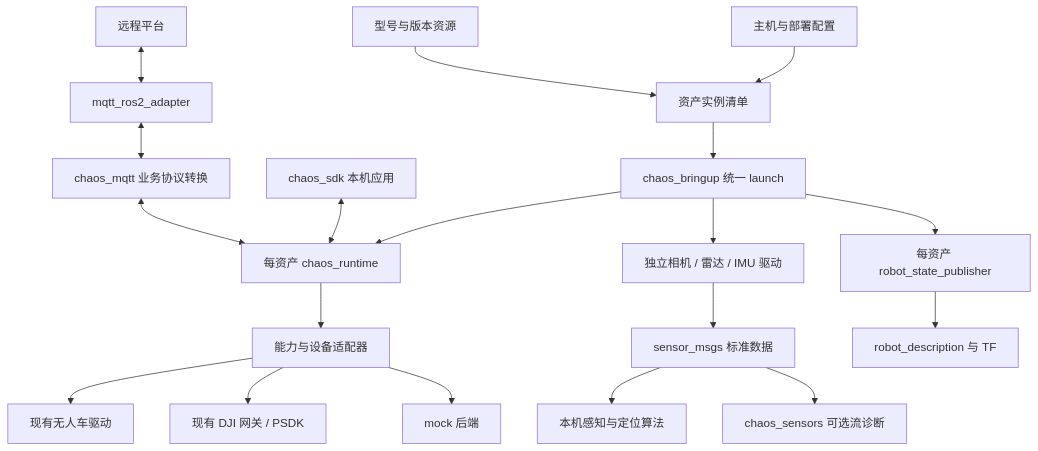
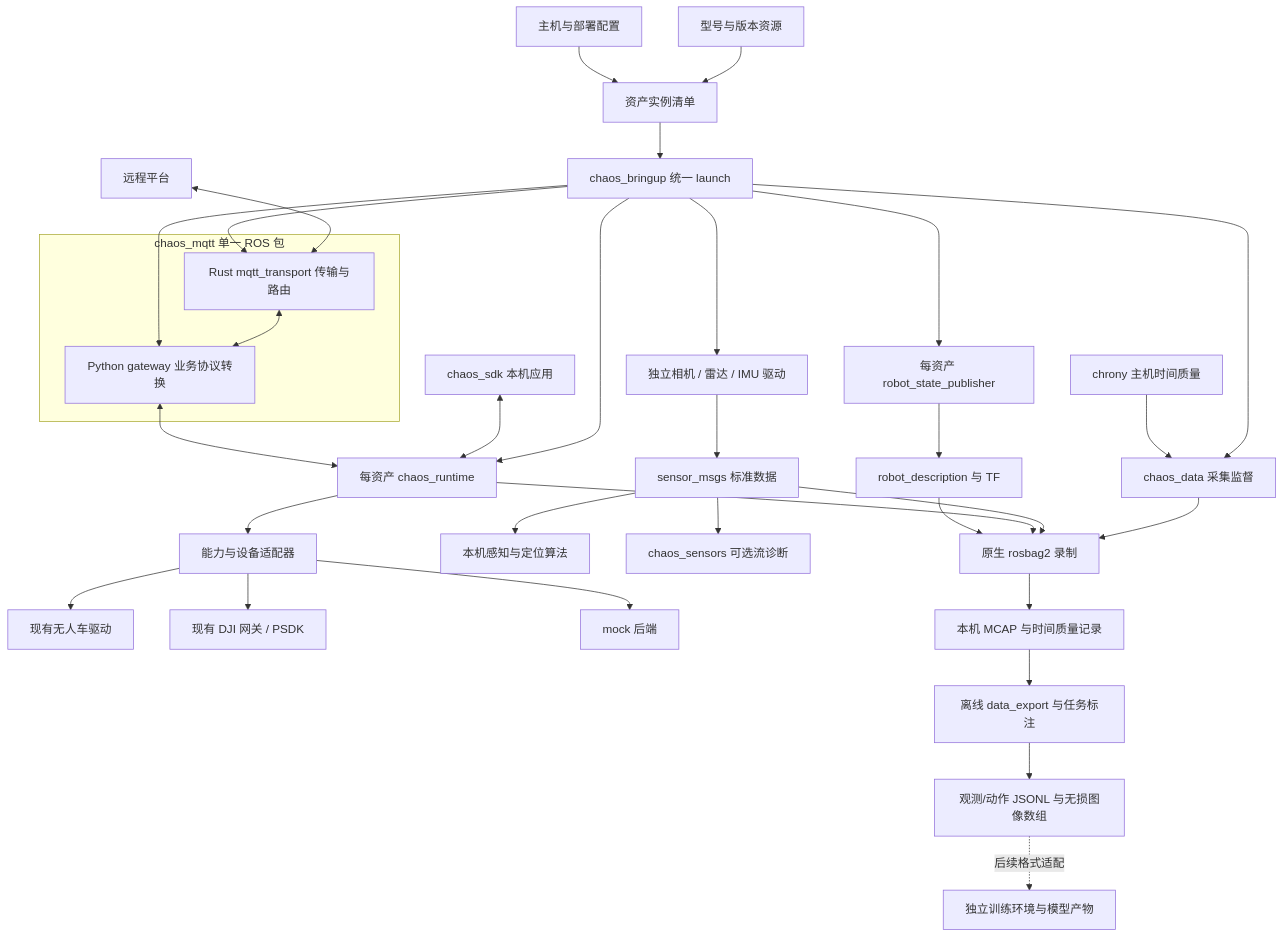
Before and after one commit to ChaosOrderAI/chaos_ros_adaptation: the diagram in docs/architecture.md, drawn with Mermaid. The commit also changed other lines of this file and 87 other files, not shown here.

````diff
--- a/docs/architecture.md
+++ b/docs/architecture.md
@@ -13,21 +13,37 @@
 ```mermaid
 flowchart TB
     M[型号与版本资源] --> A[资产实例清单]
     H[主机与部署配置] --> A
     A --> L[chaos_bringup 统一 launch]
     L --> R[每资产 chaos_runtime]
     S[chaos_sdk 本机应用] <--> R
-    P[远程平台] <--> T[mqtt_ros2_adapter]
-    T <--> G[chaos_mqtt 业务协议转换]
+    subgraph MQTT[chaos_mqtt 单一 ROS 包]
+        T[Rust mqtt_transport 传输与路由]
+        G[Python gateway 业务协议转换]
+        T <--> G
+    end
+    P[远程平台] <--> T
+    L --> T
+    L --> G
     G <--> R
     R --> B[能力与设备适配器]
     B --> V[现有无人车驱动]
     B --> D[现有 DJI 网关 / PSDK]
     B --> K[mock 后端]
     L --> C[独立相机 / 雷达 / IMU 驱动]
     C --> I[sensor_msgs 标准数据]
     I --> Q[本机感知与定位算法]
     I --> O[chaos_sensors 可选流诊断]
     L --> U[每资产 robot_state_publisher]
     U --> F[robot_description 与 TF]
+    L --> E[chaos_data 采集监督]
+    N[chrony 主机时间质量] --> E
+    E --> W[原生 rosbag2 录制]
+    I --> W
+    R --> W
+    F --> W
+    W --> Z[本机 MCAP 与时间质量记录]
+    Z --> E1[离线 data_export 与任务标注]
+    E1 --> E2[观测/动作 JSONL 与无损图像数组]
+    E2 -.后续格式适配.-> E3[独立训练环境与模型产物]
 ```
````
